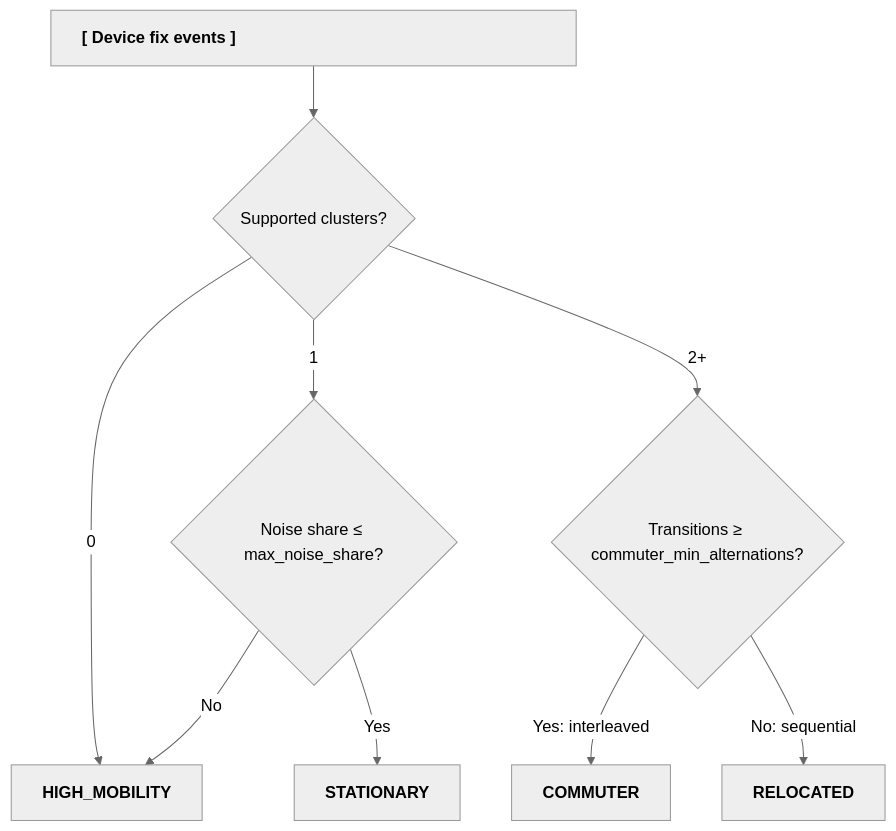
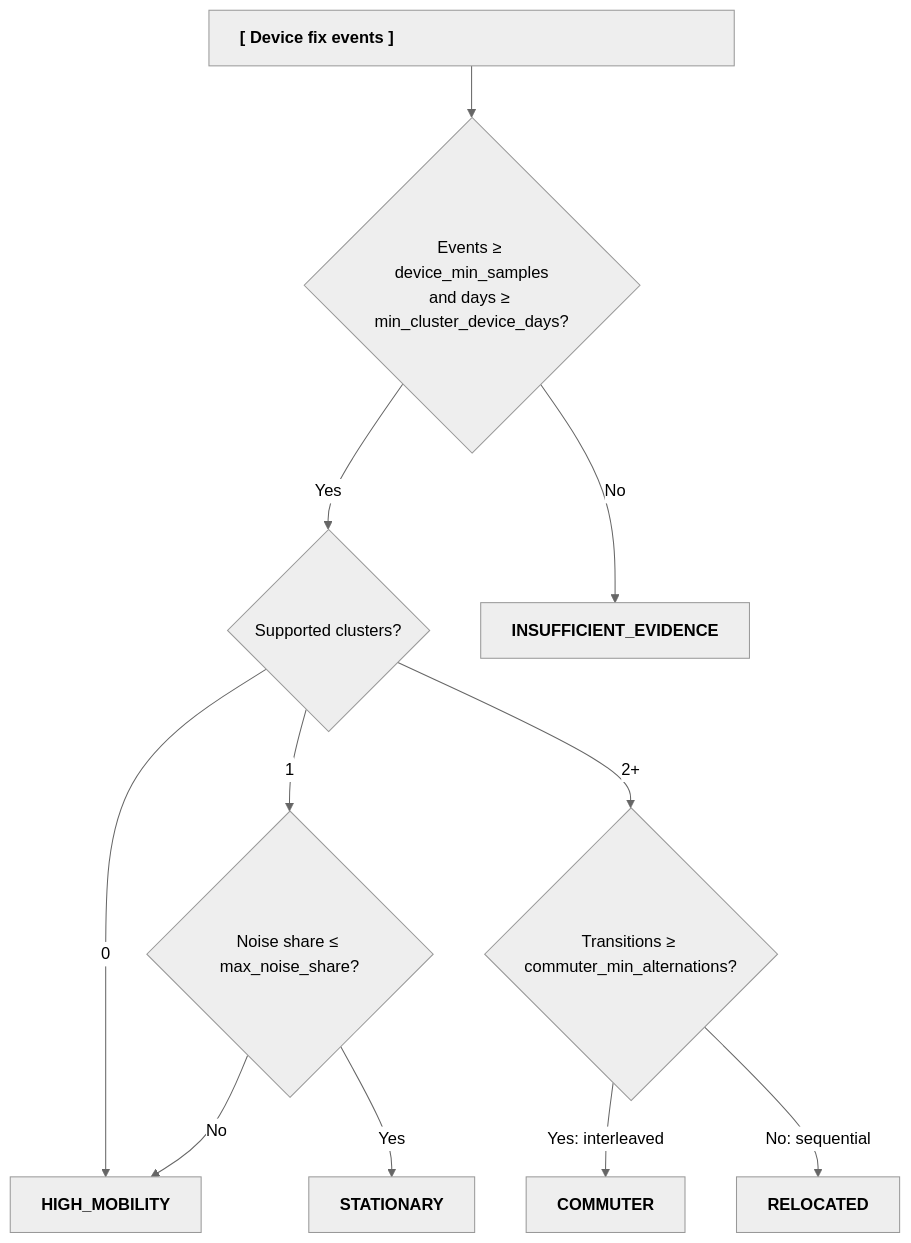
Before and after one commit to unicef/gigameter-research: the third of 5 diagrams in docs/blueprint/technical_blueprint.md, drawn with Mermaid (neutral theme). The commit also changed other lines of this file and 12 other files, not shown here.

````diff
--- a/docs/blueprint/technical_blueprint.md
+++ b/docs/blueprint/technical_blueprint.md
@@ -108,21 +109,25 @@
 ```mermaid
 graph TD
     IN["<div style='min-width: 450px; text-align: left;'><b>[ Device fix events ]</b></div>"]
+    E{"Events &ge; device_min_samples<br/>and days &ge; min_cluster_device_days?"}
     K{"Supported clusters?"}
     N{"Noise share &le; max_noise_share?"}
     SEQ{"Transitions &ge; commuter_min_alternations?"}
 
     O1["<b>STATIONARY</b>"]
     O2["<b>COMMUTER</b>"]
     O3["<b>RELOCATED</b>"]
     O4["<b>HIGH_MOBILITY</b>"]
+    O5["<b>INSUFFICIENT_EVIDENCE</b>"]
 
-    IN --> K
+    IN --> E
+    E -->|No| O5
+    E -->|Yes| K
     K -->|0| O4
     K -->|1| N
     N -->|Yes| O1
     N -->|No| O4
     K -->|2+| SEQ
     SEQ -->|Yes: interleaved| O2
     SEQ -->|No: sequential| O3
 ```
````
